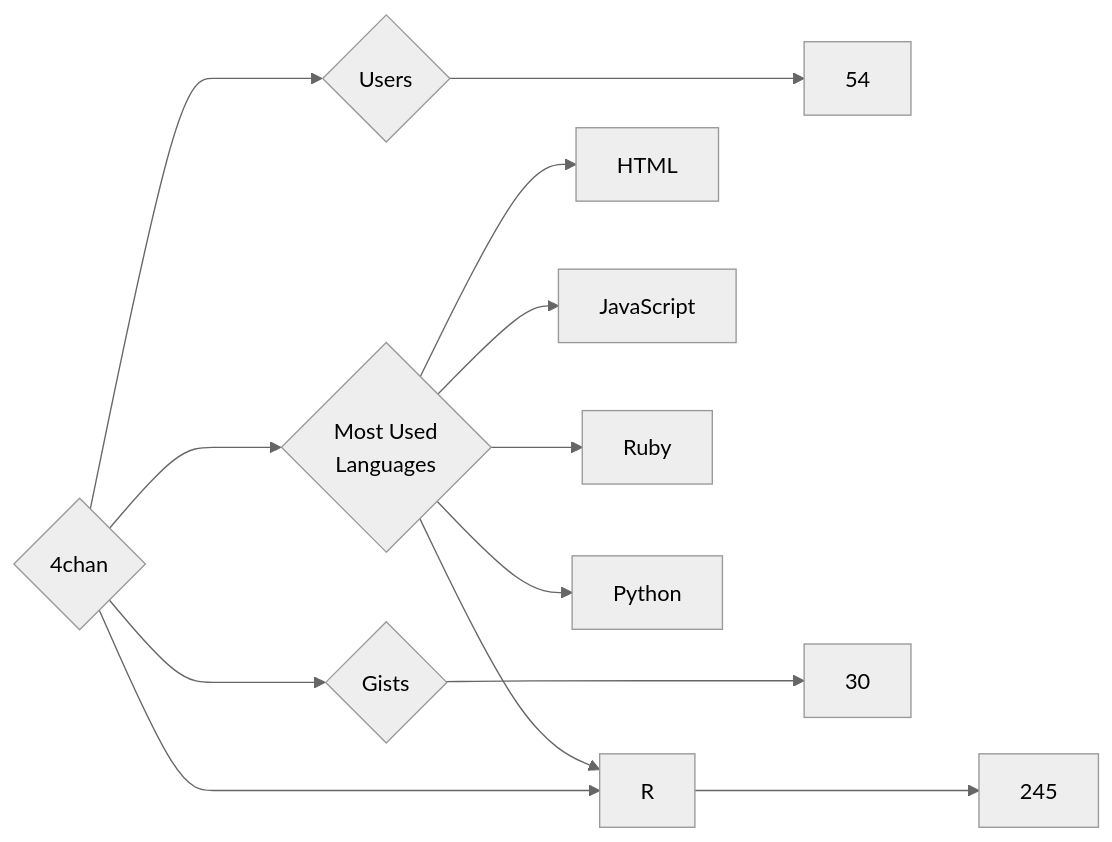
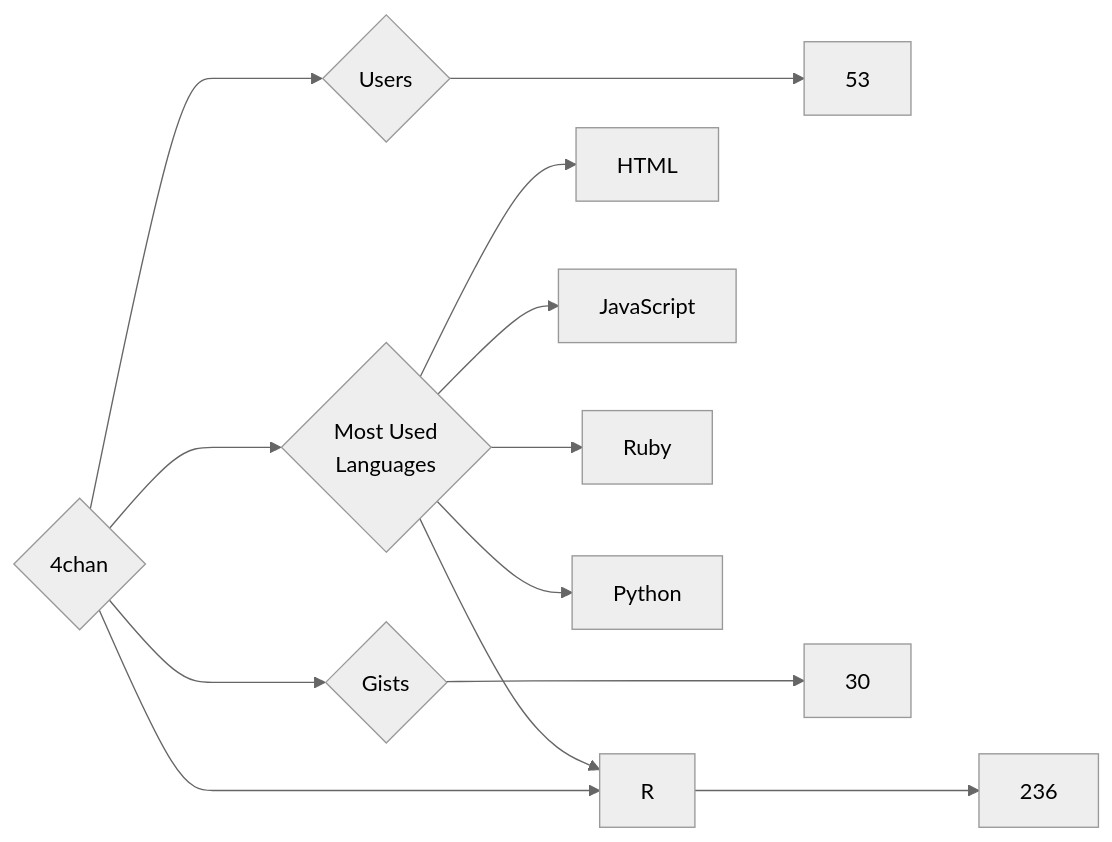
Before and after one commit to trickest/insiders: the diagram in targets/4chan/README.md, drawn with Mermaid (neutral theme). The commit also changed 1089 other files, not shown here.

````diff
--- a/targets/4chan/README.md
+++ b/targets/4chan/README.md
@@ -3,13 +3,13 @@
 ```mermaid
 graph LR
 COMPANY_NAME{4chan}
-COMPANY_NAME ---> U{Users} ---> UN[54]
-COMPANY_NAME ---> R{Repositories} ---> RN[245]
+COMPANY_NAME ---> U{Users} ---> UN[53]
+COMPANY_NAME ---> R{Repositories} ---> RN[236]
 COMPANY_NAME ---> G{Gists} ---> GN[30]
 COMPANY_NAME ---> ML{Most Used<br>Languages}
 ML --> HTML[HTML]
 ML --> JavaScript[JavaScript]
 ML --> Ruby[Ruby]
 ML --> Python[Python]
 ML --> R[R]
 ```
````
